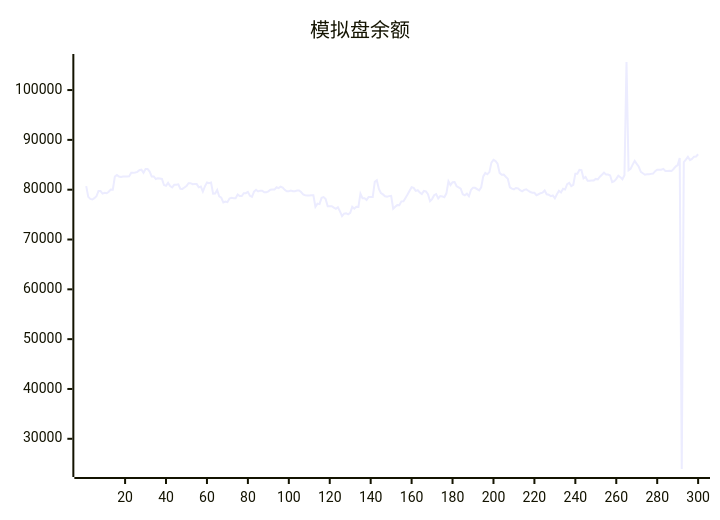
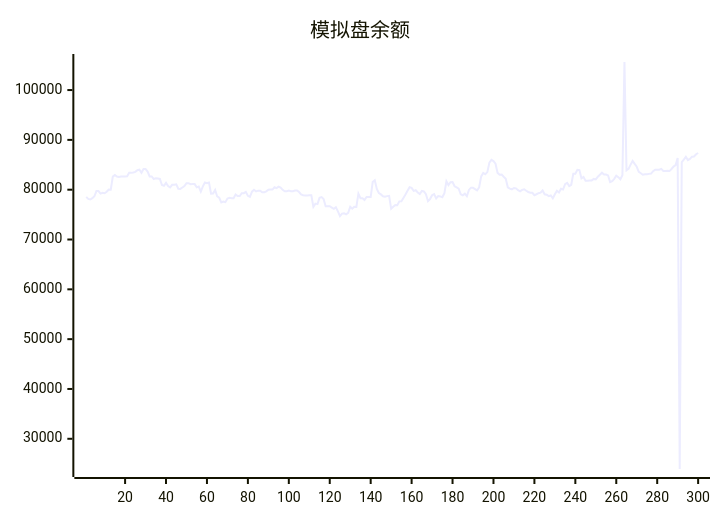
One commit to aahl/ai-trading changed the diagram in README.md. Above: the diagram before and after it, drawn with Mermaid. The commit also changed other lines of this file and 1 other file, not shown here.

````diff
--- a/README.md
+++ b/README.md
@@ -5,5 +5,5 @@
 ```mermaid
 xychart
     title "模拟盘余额"
-    line [80712,78561,78139,78037,78293,78682,79720,79720,79214,79372,79279,79591,80046,79993,82625,82950,82626,82571,82633,82670,82670,82681,83386,83378,83464,83579,83920,84037,83402,84160,84142,83652,82655,82655,82145,82315,82243,82163,80934,80770,81371,80742,80468,80989,80989,81067,80191,80155,80450,80737,81309,81309,81106,81119,81119,80471,80631,79624,80670,81448,81290,81429,79212,79222,79940,78643,78380,77432,77623,77504,78235,78358,78284,78277,79048,78714,78714,79290,79308,79567,78763,78563,79603,79988,79652,79813,79813,79476,79469,79673,79995,80015,80015,80486,80314,80600,80436,79966,79689,79689,79819,79692,79692,79850,79850,79518,79071,78889,78850,78850,78878,78878,76554,77202,77103,78357,78510,78106,76678,76677,76672,76411,76159,76485,75656,74695,75197,75246,75052,75334,76564,76179,76553,76551,79196,78300,78300,77944,78531,78531,78521,81564,81884,80160,79335,79055,78675,78580,78708,78764,76179,76586,76902,76876,77658,77669,78346,79023,79769,80497,80366,79761,79896,79448,79126,79749,79658,79097,77695,78114,78888,79126,78249,78738,78653,78478,79271,81680,80923,81488,81527,80681,80455,80190,79084,78879,79193,78686,79954,80403,80374,80118,79848,80491,82665,83351,83098,83525,85430,85983,85737,85221,83378,83014,83043,82613,82216,80477,80208,80081,80348,80277,79894,79670,79965,80093,79786,79542,79406,79371,78893,79087,79304,79406,79841,79072,78978,78696,78846,78272,79085,79787,79442,80198,80031,81120,81379,80718,80985,83214,83212,83993,83921,82270,82547,81776,81776,81866,81866,82158,82061,82596,83000,83408,83041,83050,82858,81503,81691,82188,82812,82517,82092,82901,105633,83898,84180,85030,85781,85178,84604,83569,83298,83008,83093,83107,83175,83228,83729,84025,84017,84019,84177,83775,83762,83785,83738,84160,84639,84939,86370,23934,85548,86046,86599,85942,86161,86622,86664,87115]
+    line [78561,78139,78037,78293,78682,79720,79720,79214,79372,79279,79591,80046,79993,82625,82950,82626,82571,82633,82670,82670,82681,83386,83378,83464,83579,83920,84037,83402,84160,84142,83652,82655,82655,82145,82315,82243,82163,80934,80770,81371,80742,80468,80989,80989,81067,80191,80155,80450,80737,81309,81309,81106,81119,81119,80471,80631,79624,80670,81448,81290,81429,79212,79222,79940,78643,78380,77432,77623,77504,78235,78358,78284,78277,79048,78714,78714,79290,79308,79567,78763,78563,79603,79988,79652,79813,79813,79476,79469,79673,79995,80015,80015,80486,80314,80600,80436,79966,79689,79689,79819,79692,79692,79850,79850,79518,79071,78889,78850,78850,78878,78878,76554,77202,77103,78357,78510,78106,76678,76677,76672,76411,76159,76485,75656,74695,75197,75246,75052,75334,76564,76179,76553,76551,79196,78300,78300,77944,78531,78531,78521,81564,81884,80160,79335,79055,78675,78580,78708,78764,76179,76586,76902,76876,77658,77669,78346,79023,79769,80497,80366,79761,79896,79448,79126,79749,79658,79097,77695,78114,78888,79126,78249,78738,78653,78478,79271,81680,80923,81488,81527,80681,80455,80190,79084,78879,79193,78686,79954,80403,80374,80118,79848,80491,82665,83351,83098,83525,85430,85983,85737,85221,83378,83014,83043,82613,82216,80477,80208,80081,80348,80277,79894,79670,79965,80093,79786,79542,79406,79371,78893,79087,79304,79406,79841,79072,78978,78696,78846,78272,79085,79787,79442,80198,80031,81120,81379,80718,80985,83214,83212,83993,83921,82270,82547,81776,81776,81866,81866,82158,82061,82596,83000,83408,83041,83050,82858,81503,81691,82188,82812,82517,82092,82901,105633,83898,84180,85030,85781,85178,84604,83569,83298,83008,83093,83107,83175,83228,83729,84025,84017,84019,84177,83775,83762,83785,83738,84160,84639,84939,86370,23934,85548,86046,86599,85942,86161,86622,86664,87115,87369]
 ```
````
